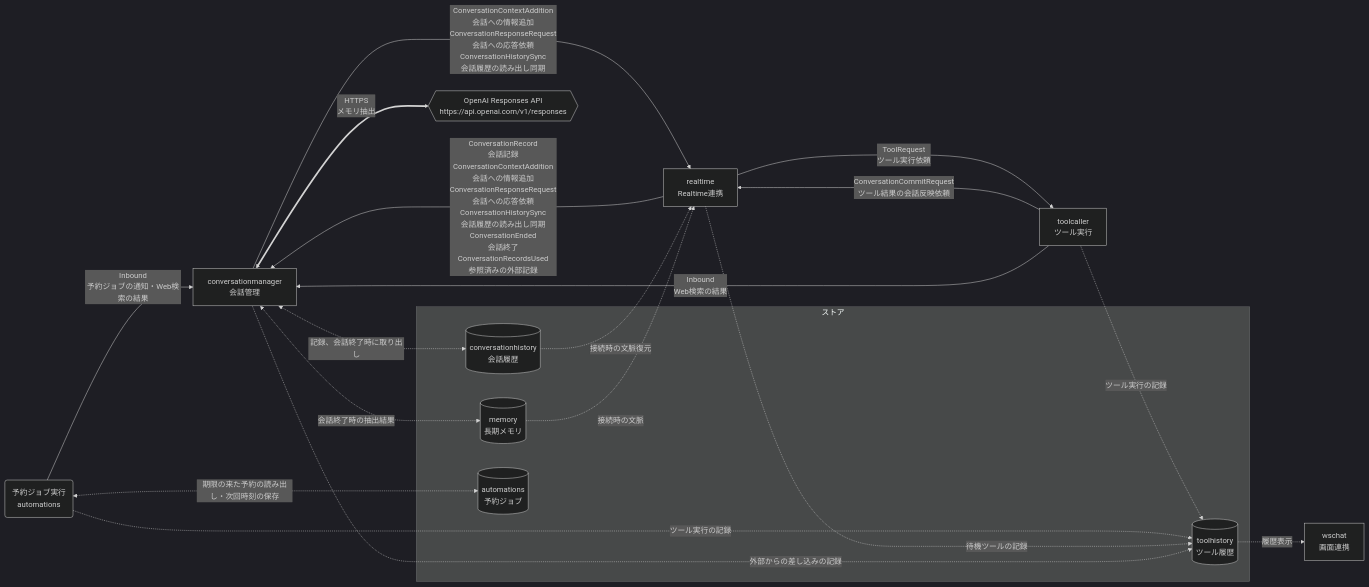
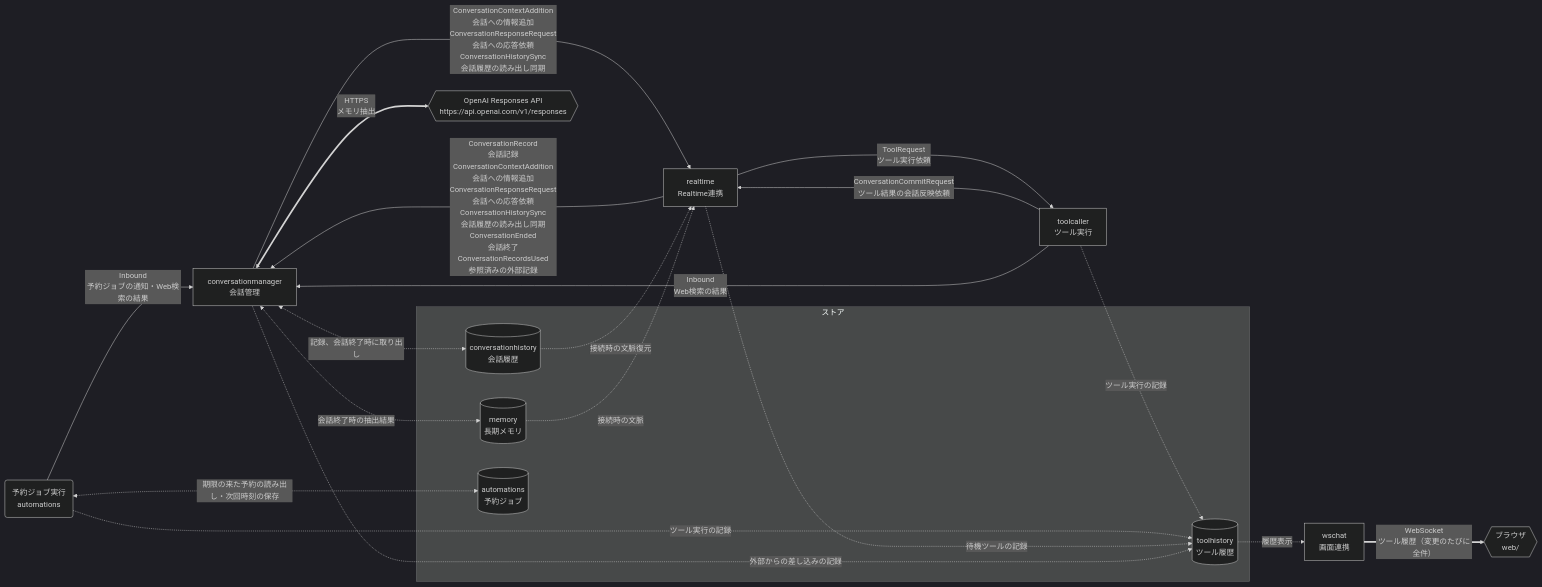
Before and after one commit to tetetratra/smart-speaker: the second of 3 diagrams in README.md, drawn with Mermaid (dark theme). The commit also changed other lines of this file, not shown here.

First line of the commit message:
構成図のツールをツールごとに描き、画面とHTTPの図を除く (#373)

````diff
--- a/README.md
+++ b/README.md
@@ -120,34 +121,36 @@
 ```mermaid
 flowchart LR
     manager["conversationmanager<br/>会話管理"]
     openaiResponses{{"OpenAI Responses API<br/>https://api.openai.com/v1/responses"}}
     rt["realtime<br/>Realtime連携"]
     tool["toolcaller<br/>ツール実行"]
     scheduler("予約ジョブ実行<br/>automations")
     chat["wschat<br/>画面連携"]
+    browser{{"ブラウザ<br/>web/"}}
 
     subgraph g0["ストア"]
         historyStore[("conversationhistory<br/>会話履歴")]
         memoryStore[("memory<br/>長期メモリ")]
         toolHistoryStore[("toolhistory<br/>ツール履歴")]
         automationStore[("automations<br/>予約ジョブ")]
     end
 
     manager <==>|"HTTPS<br/>メモリ抽出"| openaiResponses
     rt -->|"ConversationRecord<br/>会話記録<br/>ConversationContextAddition<br/>会話への情報追加<br/>ConversationResponseRequest<br/>会話への応答依頼<br/>ConversationHistorySync<br/>会話履歴の読み出し同期<br/>ConversationEnded<br/>会話終了<br/>ConversationRecordsUsed<br/>参照済みの外部記録"| manager
     manager --->|"ConversationContextAddition<br/>会話への情報追加<br/>ConversationResponseRequest<br/>会話への応答依頼<br/>ConversationHistorySync<br/>会話履歴の読み出し同期"| rt
     rt -->|"ToolRequest<br/>ツール実行依頼"| tool
     tool --->|"ConversationCommitRequest<br/>ツール結果の会話反映依頼"| rt
     scheduler -->|"Inbound<br/>予約ジョブの通知・Web検索の結果"| manager
     tool -->|"Inbound<br/>Web検索の結果"| manager
     manager <-.->|"記録、会話終了時に取り出し"| historyStore
     historyStore -.->|"接続時の文脈復元"| rt
     memoryStore -.->|"接続時の文脈"| rt
     manager <-.->|"会話終了時の抽出結果"| memoryStore
     tool -.->|"ツール実行の記録"| toolHistoryStore
     scheduler -.->|"ツール実行の記録"| toolHistoryStore
     rt -.->|"待機ツールの記録"| toolHistoryStore
     manager -.->|"外部からの差し込みの記録"| toolHistoryStore
     toolHistoryStore -.->|"履歴表示"| chat
+    chat ==>|"WebSocket<br/>ツール履歴（変更のたびに全件）"| browser
     scheduler <-.->|"期限の来た予約の読み出し・次回時刻の保存"| automationStore
 ```
````
